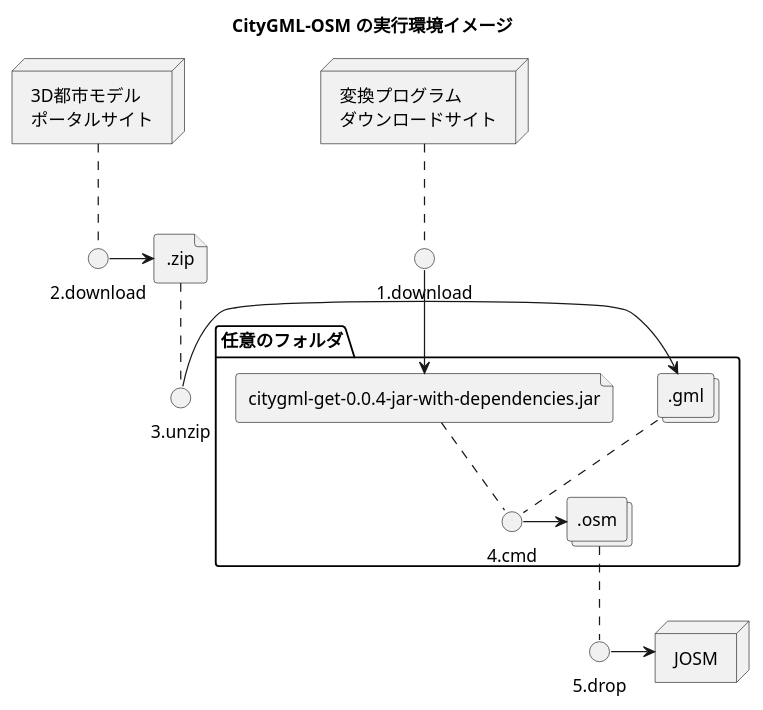
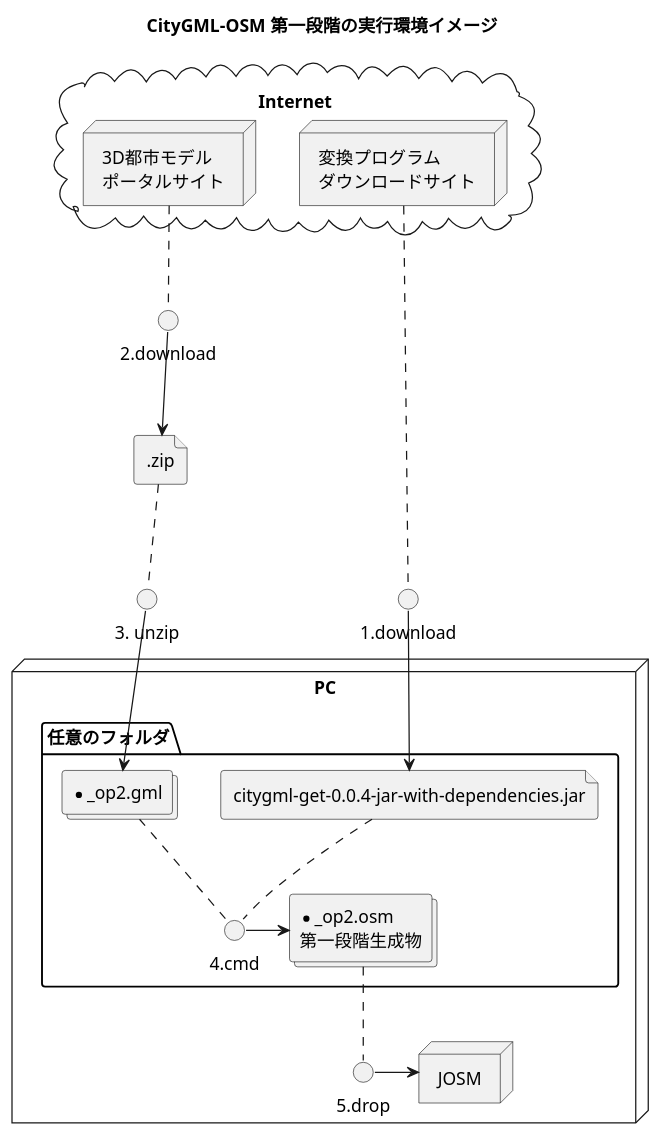
The diagram in doc/startup.pu (yuuhayashi/citygml-osm), drawn with PlantUML before and after one commit. The commit also changed 6 other files, not shown here.

```diff
--- a/doc/startup.pu
+++ b/doc/startup.pu
@@ -1,38 +1,44 @@
 @startuml
-title CityGML-OSM の実行環境イメージ
+title CityGML-OSM 第一段階の実行環境イメージ
 
-node "3D都市モデル\nポータルサイト" as zipsite
-() "2.download" as zipdownload
-() "3.unzip" as unzip
-file ".zip" as zip
-
-node "変換プログラム\nダウンロードサイト" as jarsite
-() "1.download" as jardownload
-
-folder 任意のフォルダ {
- file "citygml-get-0.0.4-jar-with-dependencies.jar" as jar
- collections ".gml" as gml
- 
- () "4.cmd" as cmd
- 
- collections ".osm" as osm
+cloud Internet {
+ node "3D都市モデル\nポータルサイト" as zipsite
+ node "変換プログラム\nダウンロードサイト" as jarsite
 }
 
-() "5.drop" as drop
+() "1.download" as jardownload
+jarsite .. jardownload
 
-node JOSM
+() "2.download" as zipdownload
+zipsite .. zipdownload
 
-jarsite .. jardownload
+file ".zip" as zip
+() "3. unzip" as unzip
+zip .. unzip
+
+node PC {
+
+ folder 任意のフォルダ {
+  file "citygml-get-0.0.4-jar-with-dependencies.jar" as jar
+  collections "*_op2.gml" as gml
+ 
+  unzip --> gml
+  () "4.cmd" as cmd
+ 
+  collections "*_op2.osm\n第一段階生成物" as osm
+ }
+
+ node JOSM
+ () "5.drop" as drop
+
+}
+
 jardownload --> jar
-
-zipsite .. zipdownload
-zipdownload -> zip
-zip .. unzip
-unzip -> gml
+zipdownload --> zip
 
 jar .. cmd
 gml .. cmd
 cmd -> osm
 osm .. drop
 drop -> JOSM
 @enduml
```
